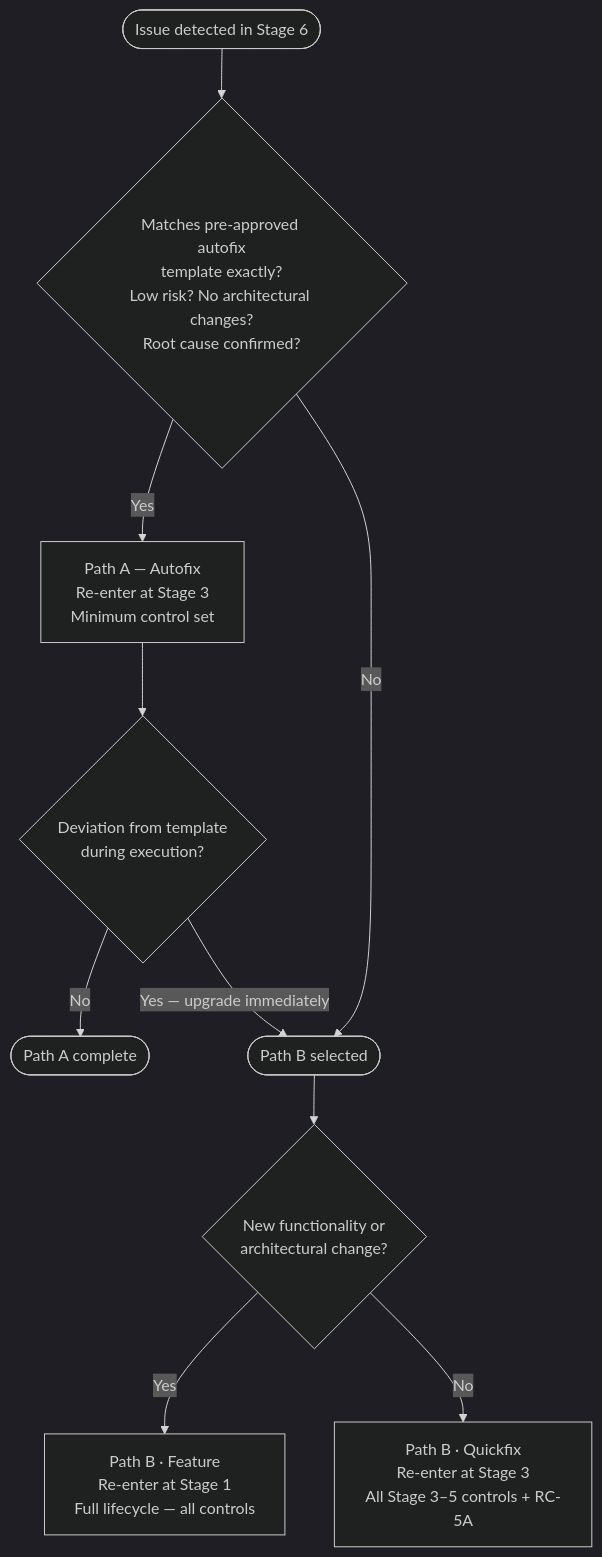
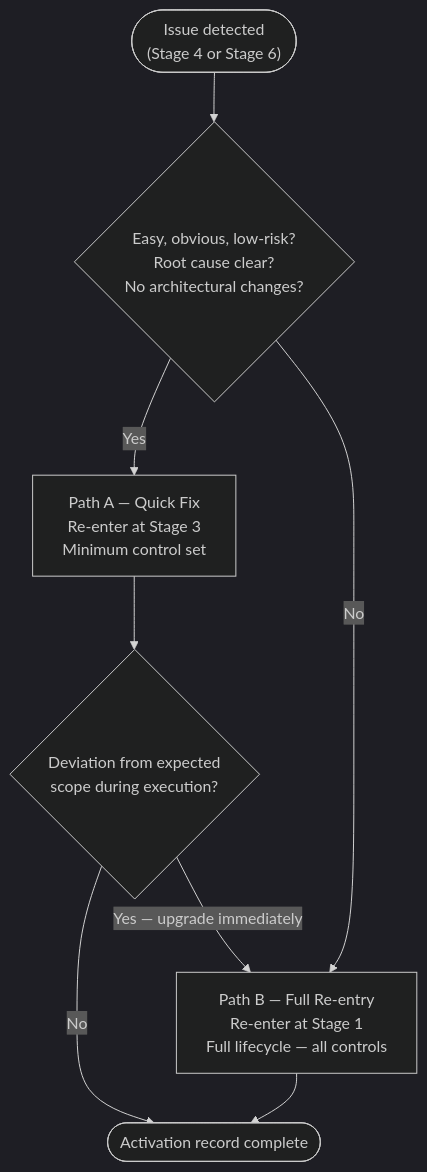
One commit to jvanheerikhuize/a-sdlc changed the diagram in feedbackloops/README.md. Above: the diagram before and after it, drawn with Mermaid (dark theme). The commit also changed other lines of this file and 6 other files, not shown here.

````diff
--- a/feedbackloops/README.md
+++ b/feedbackloops/README.md
@@ -83,22 +74,17 @@
 ```mermaid
 flowchart TD
-    START([Issue detected in Stage 6])
-    Q1{"Matches pre-approved autofix\ntemplate exactly?\nLow risk? No architectural changes?\nRoot cause confirmed?"}
-    PA["Path A — Autofix\nRe-enter at Stage 3\nMinimum control set"]
-    Q2{"Deviation from template\nduring execution?"}
-    DONE([Path A complete])
-    PB_SEL(["Path B selected"])
-    Q3{"New functionality or\narchitectural change?"}
-    PBF["Path B · Feature\nRe-enter at Stage 1\nFull lifecycle — all controls"]
-    PBQ["Path B · Quickfix\nRe-enter at Stage 3\nAll Stage 3–5 controls + RC-5A"]
+    START(["Issue detected\n(Stage 4 or Stage 6)"])
+    Q1{"Easy, obvious, low-risk?\nRoot cause clear?\nNo architectural changes?"}
+    PA["Path A — Quick Fix\nRe-enter at Stage 3\nMinimum control set"]
+    Q2{"Deviation from expected\nscope during execution?"}
+    DONE([Activation record complete])
+    PB["Path B — Full Re-entry\nRe-enter at Stage 1\nFull lifecycle — all controls"]
 
     START --> Q1
     Q1 -- Yes --> PA
-    Q1 -- No --> PB_SEL
+    Q1 -- No --> PB
     PA --> Q2
     Q2 -- No --> DONE
-    Q2 -- "Yes — upgrade immediately" --> PB_SEL
-    PB_SEL --> Q3
-    Q3 -- Yes --> PBF
-    Q3 -- No --> PBQ
+    Q2 -- "Yes — upgrade immediately" --> PB
+    PB --> DONE
 ```
````
